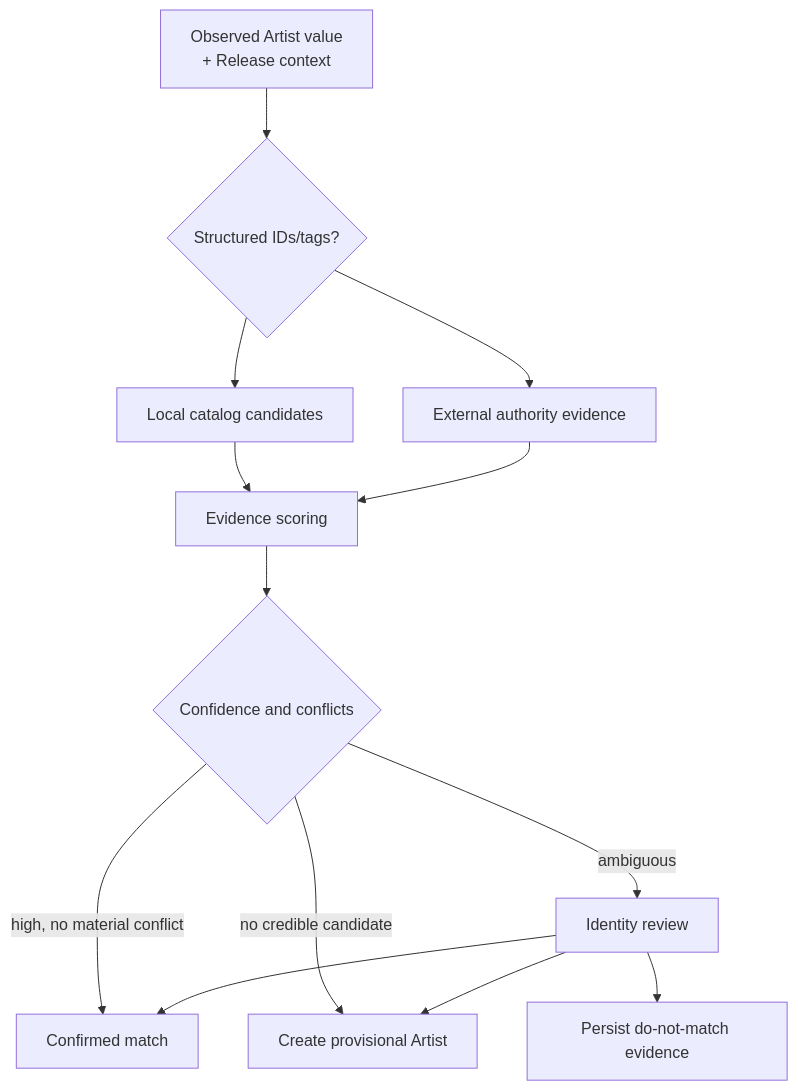
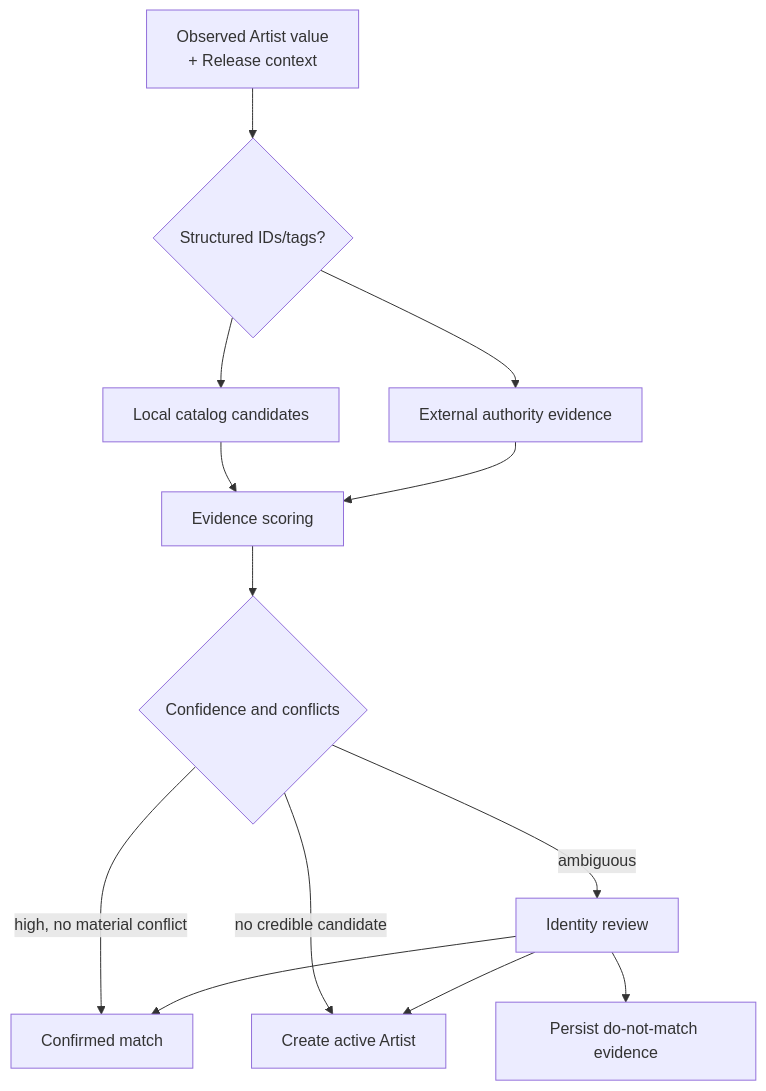
Before and after one commit to melodee-project/melodee-rs: the second of 3 diagrams in SPEC.md, drawn with Mermaid. The commit also changed other lines of this file and 185 other files, not shown here.

````diff
--- a/SPEC.md
+++ b/SPEC.md
@@ -262,26 +263,26 @@
 ```mermaid
 flowchart TD
     Observation[Observed Artist value\n+ Release context]
     Structured{Structured IDs/tags?}
     Local[Local catalog candidates]
     Provider[External authority evidence]
     Score[Evidence scoring]
     Decision{Confidence and conflicts}
     Match[Confirmed match]
     Review[Identity review]
-    New[Create provisional Artist]
+    New[Create active Artist]
     Negative[Persist do-not-match evidence]
 
     Observation --> Structured
     Structured --> Local
     Structured --> Provider
     Local --> Score
     Provider --> Score
     Score --> Decision
     Decision -->|high, no material conflict| Match
     Decision -->|ambiguous| Review
     Decision -->|no credible candidate| New
     Review --> Match
     Review --> New
     Review --> Negative
 ```
````
